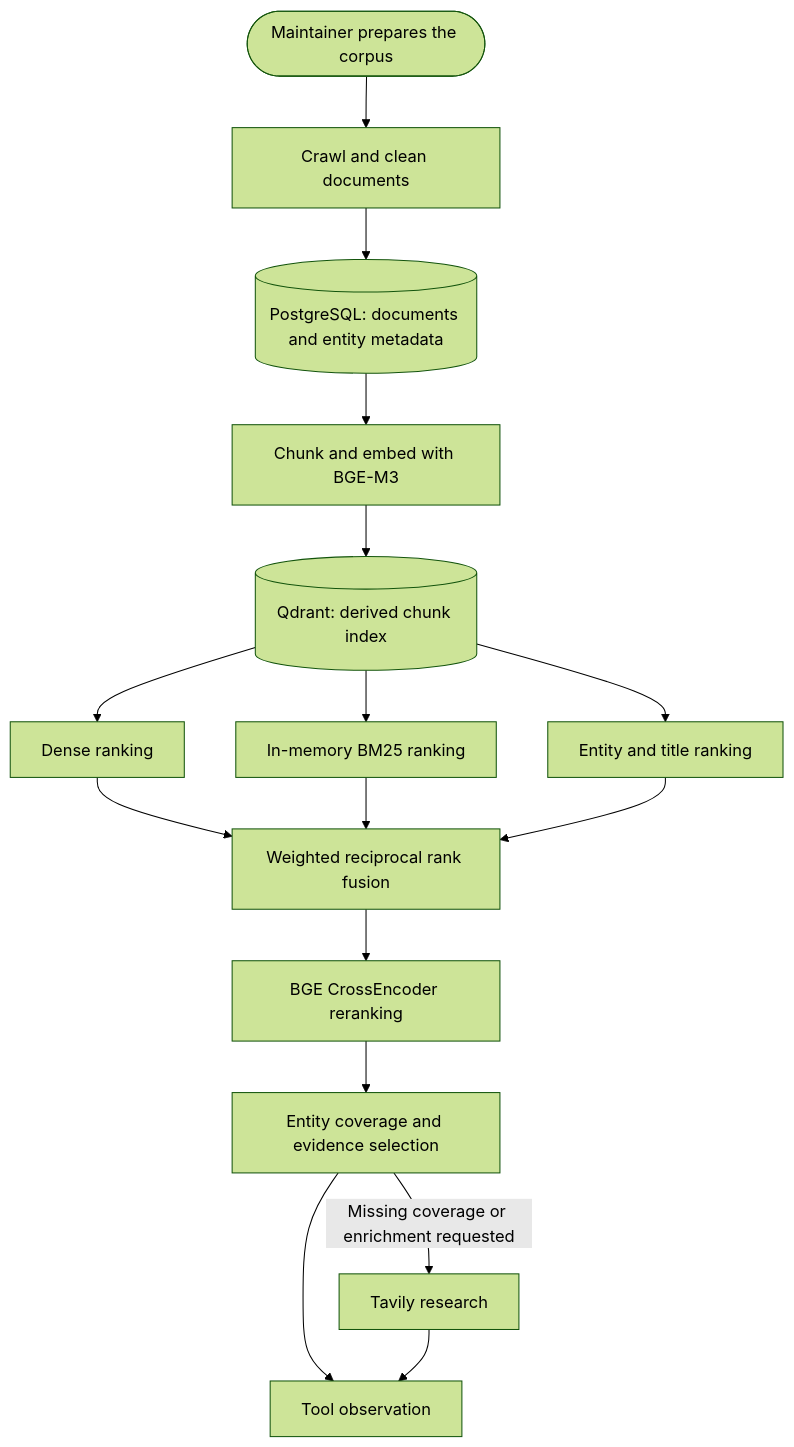
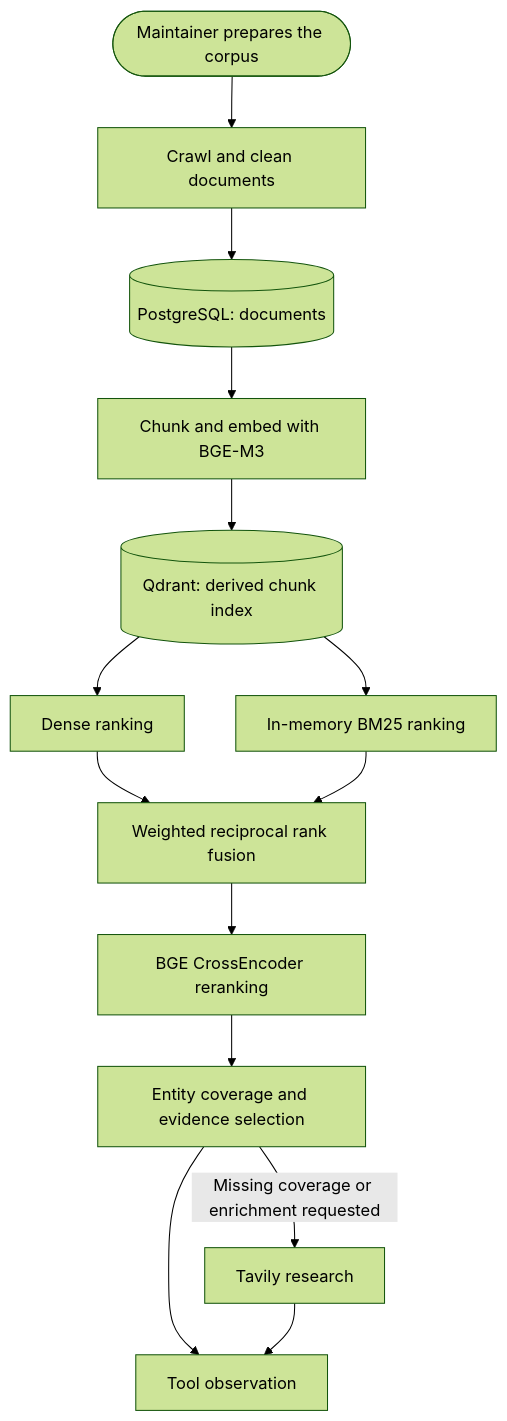
Before and after one commit to ndkhanhus27/vietnam-travel-assistant: the third of 3 diagrams in README.md, drawn with Mermaid (forest theme). The commit also changed other lines of this file and 5 other files, not shown here.

````diff
--- a/README.md
+++ b/README.md
@@ -189,18 +189,16 @@
 ```mermaid
 flowchart TD
     H([Maintainer prepares the corpus]) --> ETL[Crawl and clean documents]
-    ETL --> DB[(PostgreSQL: documents and entity metadata)]
+    ETL --> DB[(PostgreSQL: documents)]
     DB --> IDX[Chunk and embed with BGE-M3]
     IDX --> Q[(Qdrant: derived chunk index)]
     Q --> D[Dense ranking]
     Q --> B[In-memory BM25 ranking]
-    Q --> EN[Entity and title ranking]
     D --> F[Weighted reciprocal rank fusion]
     B --> F
-    EN --> F
     F --> RR[BGE CrossEncoder reranking]
     RR --> COVER[Entity coverage and evidence selection]
     COVER -->|Missing coverage or enrichment requested| WEB[Tavily research]
     COVER --> RESULT[Tool observation]
     WEB --> RESULT
 ```
````
